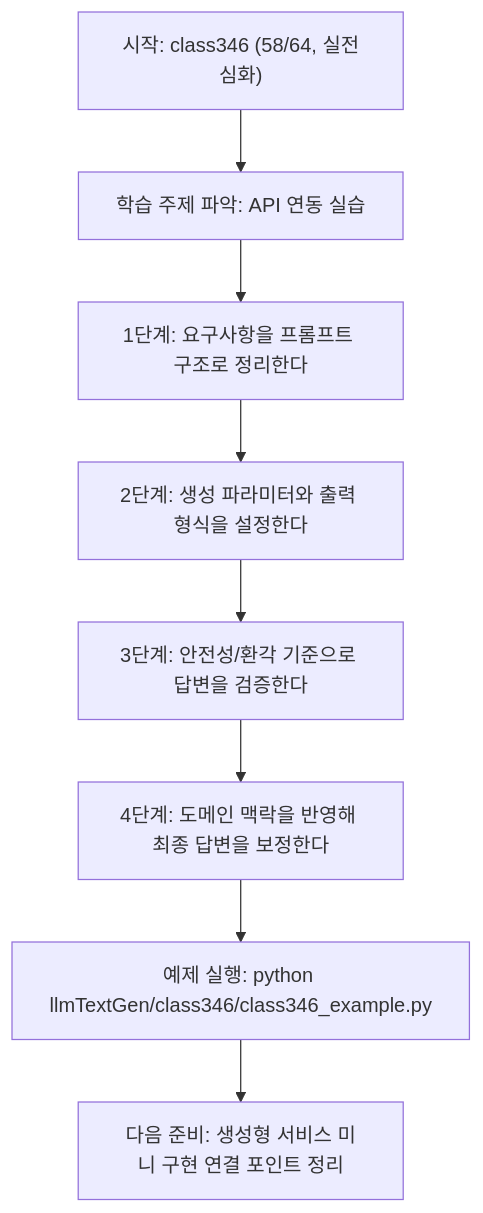
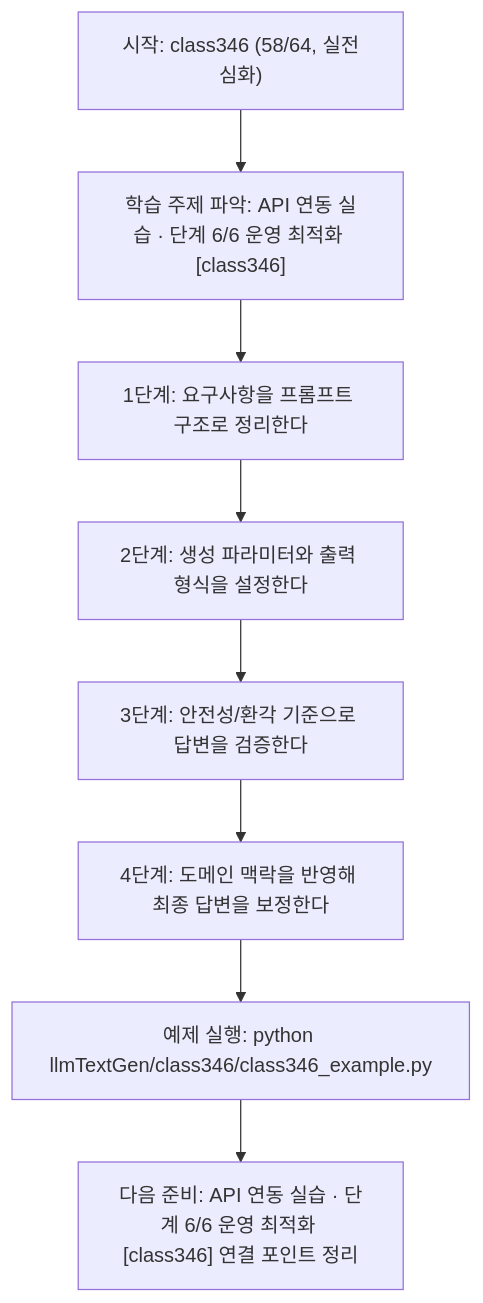
The diagram in llmTextGen/class346/class346.md (edumgt/Python-AI_Agent-Class), drawn with Mermaid before and after one commit. The commit also changed other lines of this file and 522 other files, not shown here.

````diff
--- a/llmTextGen/class346/class346.md
+++ b/llmTextGen/class346/class346.md
@@ -113,18 +114,18 @@
 ```mermaid
 flowchart TD
 N1["시작: class346 (58/64, 실전심화)"]
-N2["학습 주제 파악: API 연동 실습"]
+N2["학습 주제 파악: API 연동 실습 · 단계 6/6 운영 최적화 [class346]"]
 N3["1단계: 요구사항을 프롬프트 구조로 정리한다"]
 N4["2단계: 생성 파라미터와 출력 형식을 설정한다"]
 N5["3단계: 안전성/환각 기준으로 답변을 검증한다"]
 N6["4단계: 도메인 맥락을 반영해 최종 답변을 보정한다"]
 N7["예제 실행: python llmTextGen/class346/class346_example.py"]
-N8["다음 준비: 생성형 서비스 미니 구현 연결 포인트 정리"]
+N8["다음 준비: API 연동 실습 · 단계 6/6 운영 최적화 [class346] 연결 포인트 정리"]
 N1 --> N2
 N2 --> N3
 N3 --> N4
 N4 --> N5
 N5 --> N6
 N6 --> N7
 N7 --> N8
 ```
````
